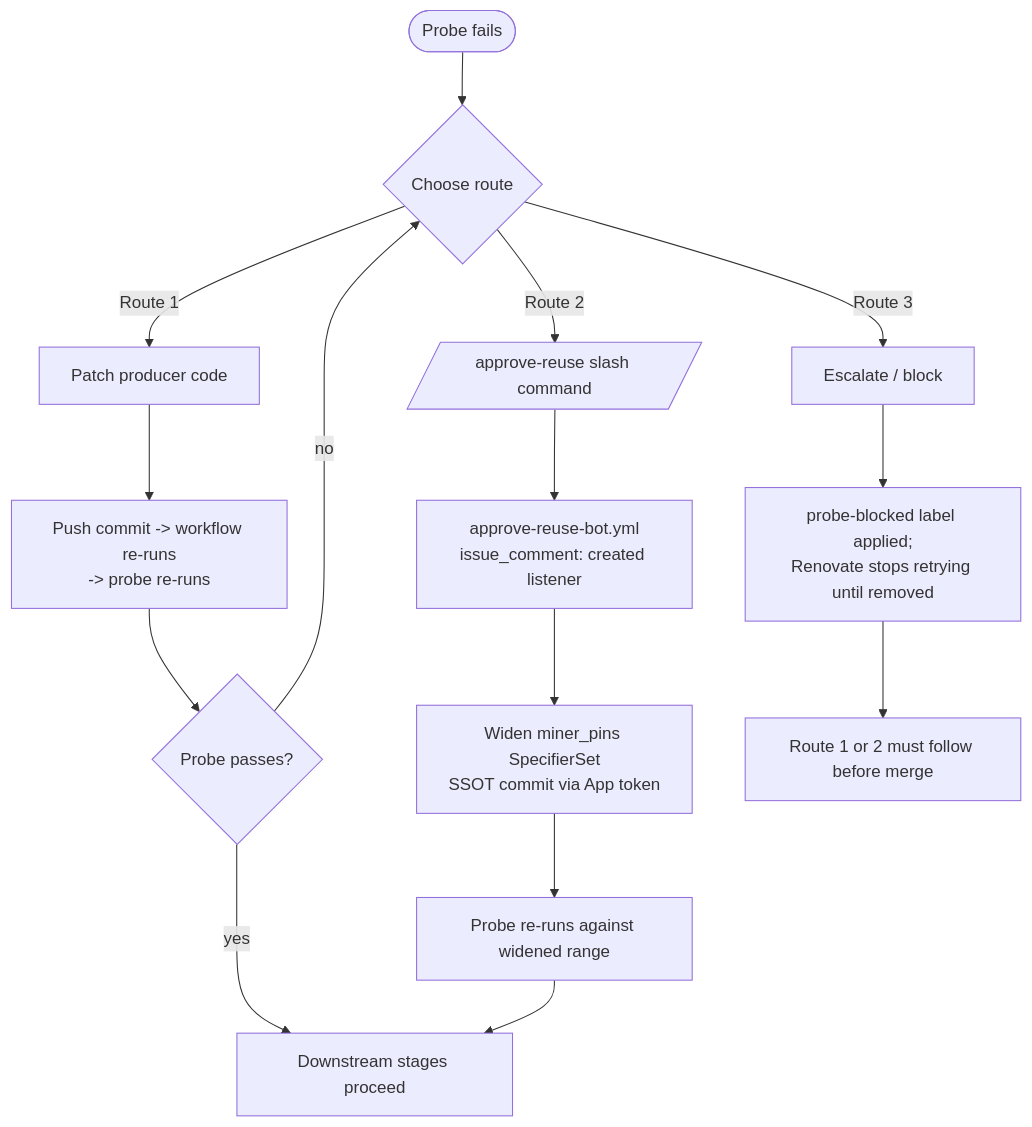
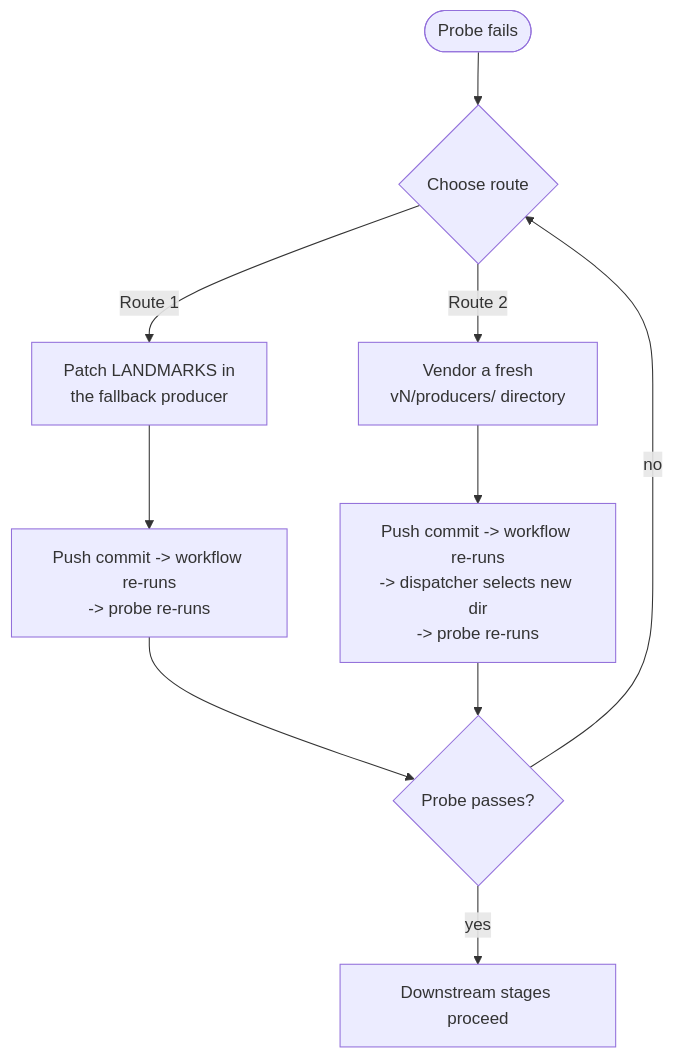
Before and after one commit to henrycgbaker/LLenergyMeasure: the third of 3 diagrams in docs/explanation/architecture/pipeline-architecture.md, drawn with Mermaid. The commit also changed other lines of this file and 52 other files, not shown here.

First line of the commit message:
refactor(engines): strip miner-pin envelope and last_probe block (#652)

````diff
--- a/docs/explanation/architecture/pipeline-architecture.md
+++ b/docs/explanation/architecture/pipeline-architecture.md
@@ -179,21 +180,15 @@
 ```mermaid
 flowchart TD
     fail([Probe fails])
     fail --> r1{Choose route}
-    r1 -->|Route 1| patch[Patch producer code]
-    r1 -->|Route 2| approve[/approve-reuse slash command/]
-    r1 -->|Route 3| escalate[Escalate / block]
+    r1 -->|Route 1| patch[Patch LANDMARKS in<br/>the fallback producer]
+    r1 -->|Route 2| vendor[Vendor a fresh<br/>vN/producers/ directory]
 
     patch --> rerun1[Push commit -> workflow re-runs<br/>-> probe re-runs]
     rerun1 --> verdict1{Probe passes?}
     verdict1 -->|yes| proceed[Downstream stages proceed]
     verdict1 -->|no| r1
 
-    approve --> bot[approve-reuse-bot.yml<br/>issue_comment: created listener]
-    bot --> widen[Widen miner_pins SpecifierSet<br/>SSOT commit via App token]
-    widen --> rerun2[Probe re-runs against widened range]
-    rerun2 --> proceed
-
-    escalate --> label[probe-blocked label applied;<br/>Renovate stops retrying until removed]
-    label --> needfollowup[Route 1 or 2 must follow before merge]
+    vendor --> rerun2[Push commit -> workflow re-runs<br/>-> dispatcher selects new dir<br/>-> probe re-runs]
+    rerun2 --> verdict1
 ```
````
